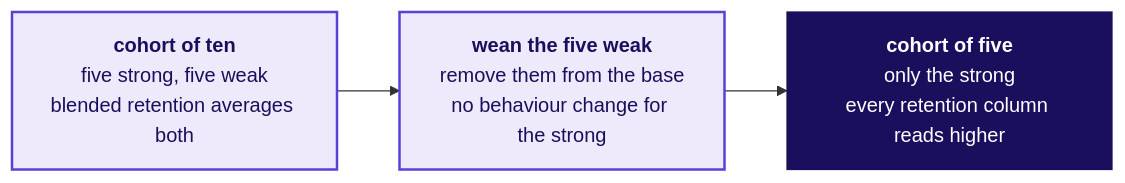
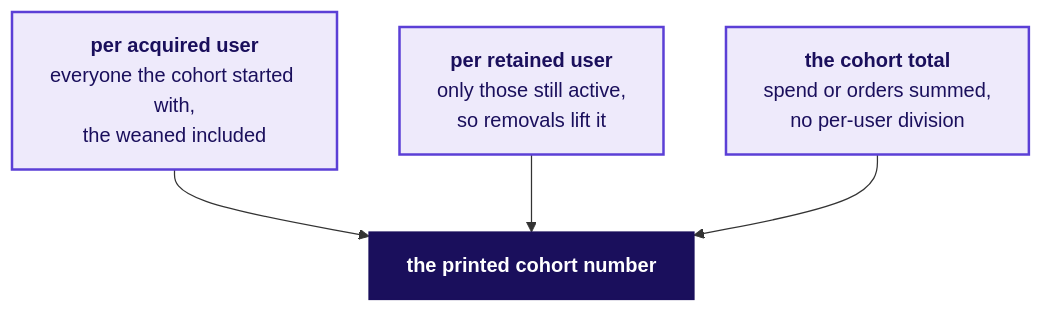
The first of 2 diagrams in content/W04/D4/slides/C2_W04_D04_fallback_STUDENT.md (fde-academy-lab/c2-content-factory), drawn with Mermaid before and after one commit. The commit also changed other lines of this file and 43 other files, not shown here.

````diff
--- a/content/W04/D4/slides/C2_W04_D04_fallback_STUDENT.md
+++ b/content/W04/D4/slides/C2_W04_D04_fallback_STUDENT.md
@@ -44,9 +67,10 @@
 ```mermaid
-flowchart LR
-    A["<b>cohort of ten</b><br/>five strong, five weak<br/>blended retention averages both"] --> B["<b>wean the five weak</b><br/>remove them from the base<br/>no behaviour change for the strong"]
-    B --> C["<b>cohort of five</b><br/>only the strong<br/>every retention column reads higher"]
+flowchart TD
+    A["<b>per acquired user</b><br/>everyone the cohort started with,<br/>the weaned included"] --> X["<b>the printed cohort number</b>"]
+    B["<b>per retained user</b><br/>only those still active,<br/>so removals lift it"] --> X
+    C["<b>the cohort total</b><br/>spend or orders summed,<br/>no per-user division"] --> X
     classDef known fill:#EEEAFB,stroke:#5B3FD6,color:#1A0F5C,stroke-width:2px
     classDef lit fill:#1A0F5C,stroke:#1A0F5C,color:#FFFFFF
-    class A,B known
-    class C lit
+    class A,B,C known
+    class X lit
 ```
````
